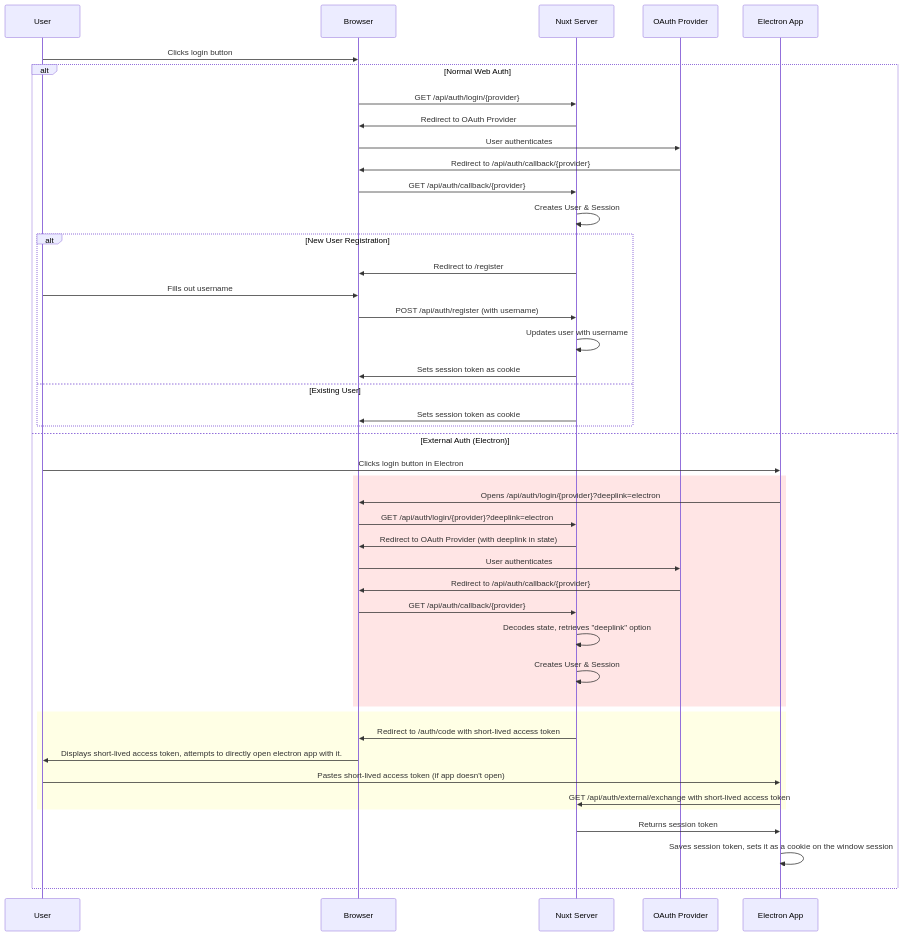
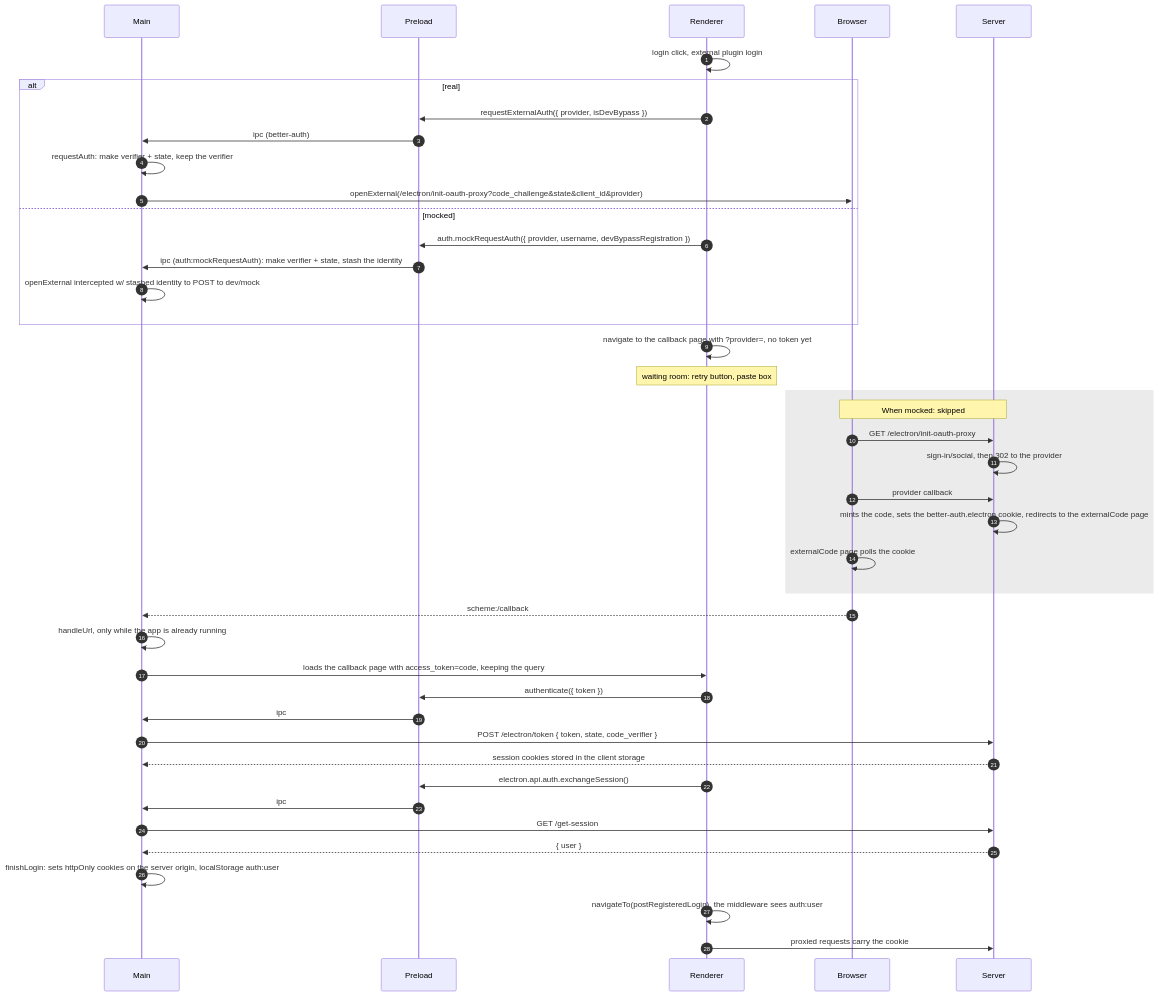
The diagram in README.md (witchcraftjs/nuxt-auth), drawn with Mermaid before and after one commit. The commit also changed other lines of this file and 108 other files, not shown here.

First line of the commit message:
v0breaking: refactored to use better-auth

````diff
--- a/README.md
+++ b/README.md
@@ -340,51 +303,45 @@
 ```mermaid
 sequenceDiagram
-    participant User
-    participant Browser
-    participant Nuxt Server
-    participant OAuth Provider
-    participant Electron App
+	autonumber
+	participant Main as Main
+	participant Preload as Preload
+	participant Renderer as Renderer
+	participant Browser as Browser
+	participant Server as Server
 
-    User->>Browser: Clicks login button
-
-    alt Normal Web Auth
-        Browser->>Nuxt Server: GET /api/auth/login/{provider}
-        Nuxt Server->>Browser: Redirect to OAuth Provider
-        Browser->>OAuth Provider: User authenticates
-        OAuth Provider->>Browser: Redirect to /api/auth/callback/{provider}
-        Browser->>Nuxt Server: GET /api/auth/callback/{provider}
-        Nuxt Server->>Nuxt Server: Creates User & Session
-        
-        alt New User Registration
-            Nuxt Server->>Browser: Redirect to /register
-            User->>Browser: Fills out username
-            Browser->>Nuxt Server: POST /api/auth/register (with username)
-            Nuxt Server->>Nuxt Server: Updates user with username
-            Nuxt Server->>Browser: Sets session token as cookie
-        else Existing User
-            Nuxt Server->>Browser: Sets session token as cookie
-        end
-
-    else External Auth (Electron)
-        User->>Electron App: Clicks login button in Electron
-        rect rgba(255, 0, 0, 0.1)
-            Electron App->>Browser: Opens /api/auth/login/{provider}?deeplink=electron
-            Browser->>Nuxt Server: GET /api/auth/login/{provider}?deeplink=electron
-            Nuxt Server->>Browser: Redirect to OAuth Provider (with deeplink in state)
-            Browser->>OAuth Provider: User authenticates
-            OAuth Provider->>Browser: Redirect to /api/auth/callback/{provider}
-            Browser->>Nuxt Server: GET /api/auth/callback/{provider}
-            Nuxt Server->>Nuxt Server: Decodes state, retrieves "deeplink" option
-            Nuxt Server->>Nuxt Server: Creates User & Session
-        end
-
-        rect rgba(255, 255, 0, 0.1)
-            Nuxt Server->>Browser: Redirect to /auth/code with short-lived access token
-            Browser->>User: Displays short-lived access token, attempts to directly open electron app with it.
-            User->>Electron App: Pastes short-lived access token (if app doesn't open)
-            Electron App->>Nuxt Server: GET /api/auth/external/exchange with short-lived access token
-        end
-        Nuxt Server->>Electron App: Returns session token
-        Electron App->>Electron App: Saves session token, sets it as a cookie on the window session
-    end
+	Renderer->>Renderer: login click, external plugin login
+	alt real
+		Renderer->>Preload: requestExternalAuth({ provider, isDevBypass })
+		Preload->>Main: ipc (better-auth)
+		Main->>Main: requestAuth: make verifier + state, keep the verifier
+		Main->>Browser: openExternal(/electron/init-oauth-proxy?code_challenge&state&client_id&provider)
+	else mocked
+		Renderer->>Preload: auth.mockRequestAuth({ provider, username, devBypassRegistration })
+		Preload->>Main: ipc (auth:mockRequestAuth): make verifier + state, stash the identity
+		Main->>Main: openExternal intercepted w/ stashed identity to POST to dev/mock
+	end
+	Renderer->>Renderer: navigate to the callback page with ?provider=, no token yet
+	Note over Renderer: waiting room: retry button, paste box
+	rect rgba(120, 120, 120, 0.15)
+		Note over Browser,Server: When mocked: skipped
+		Browser->>Server: GET /electron/init-oauth-proxy
+		Server->>Server: sign-in/social, then 302 to the provider
+		Browser->>Server: provider callback
+		Server->>Server: mints the code, sets the better-auth.electron cookie, redirects to the externalCode page
+		Browser->>Browser: externalCode page polls the cookie
+	end
+	Browser-->>Main: scheme:/callback#token=code reaches the app through the OS
+	Main->>Main: handleUrl, only while the app is already running
+	Main->>Renderer: loads the callback page with access_token=code, keeping the query
+	Renderer->>Preload: authenticate({ token })
+	Preload->>Main: ipc
+	Main->>Server: POST /electron/token { token, state, code_verifier }
+	Server-->>Main: session cookies stored in the client storage
+	Renderer->>Preload: electron.api.auth.exchangeSession()
+	Preload->>Main: ipc
+	Main->>Server: GET /get-session
+	Server-->>Main: { user }
+	Main->>Main: finishLogin: sets httpOnly cookies on the server origin, localStorage auth:user
+	Renderer->>Renderer: navigateTo(postRegisteredLogin), the middleware sees auth:user
+	Renderer->>Server: proxied requests carry the cookie
 ```
````
